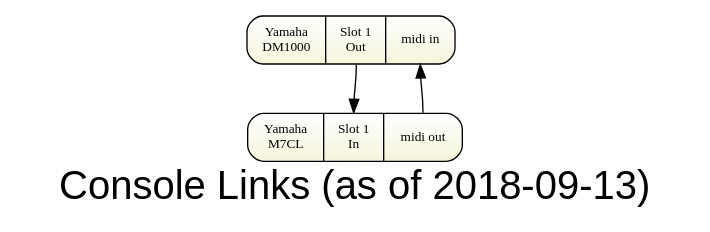
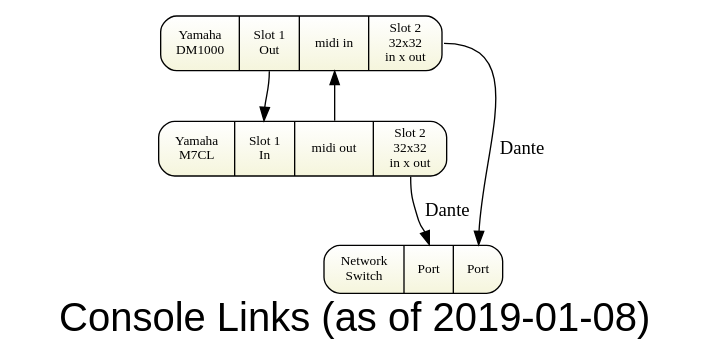
The diagram in sda-links.gv (avmaint/uactechdoc), drawn with Graphviz before and after one commit. The commit also changed 2 other files, not shown here.

Commit message:
Updates for Dante

```diff
--- a/sda-links.gv
+++ b/sda-links.gv
@@ -1,22 +1,30 @@
 digraph topology1 { 
 graph [overlap = true, fontsize = 30, rankdir=TB 
-      label="Console Links (as of 2018-09-13)",
+      label="Console Links (as of 2019-01-08)",
       fontname = Helvetica]
 
 node [shape=Mrecord, tooltip="" , fontsize = 10,
       fillcolor="white:beige" , style=filled  
       gradientangle=270]
       
 dm1k [label="
    {Yamaha\nDM1000}|
-  {{ <link>Slot 1\nOut} }|{<midi>midi in} "]
+  {{ <link>Slot 1\nOut} }|{<midi>midi in} | {<net>Slot 2\n32x32\nin x out}"]
 
 m7 [label="
     {  Yamaha\nM7CL} |
     <link>Slot 1\nIn |
-    <midi>midi out}
+    <midi>midi out   | {<net>Slot 2\n32x32\nin x out}
 "]
+
+nscua003 [label="
+   {Network\nSwitch}|
+   { <net2
+   > Port}| {<net1> Port}   "]
 
 dm1k:link -> m7:link
 m7:midi -> dm1k:midi
+
+dm1k:net -> nscua003:net1 [label="Dante"]
+m7:net -> nscua003:net2 [label="Dante"]
 } 
```
